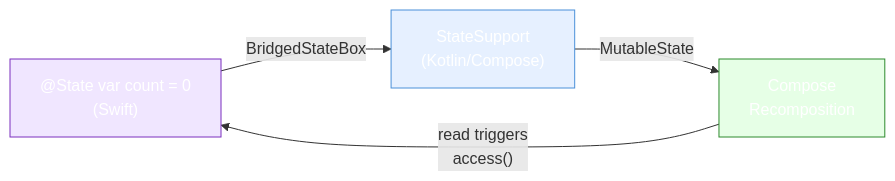
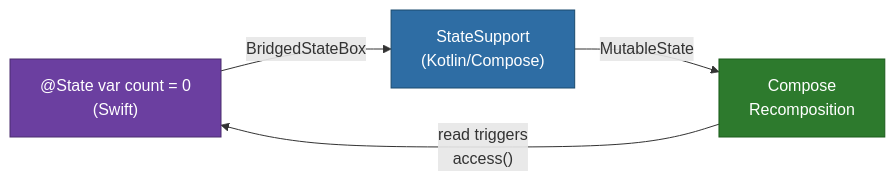
Before and after one commit to skiptools/skip-fuse-ui: the fourth of 4 diagrams in README.md, drawn with Mermaid. The commit also changed other lines of this file, not shown here.

````diff
--- a/README.md
+++ b/README.md
@@ -96,10 +96,10 @@
 ```mermaid
 flowchart LR
     S["@State var count = 0\n(Swift)"] -->|"BridgedStateBox"| K["StateSupport\n(Kotlin/Compose)"]
     K -->|"MutableState"| C["Compose\nRecomposition"]
     C -->|"read triggers\naccess()"| S
 
-    style S fill:#f0e6ff,stroke:#7b2fbe,color:#fff
-    style K fill:#e6f0ff,stroke:#4a90d9,color:#fff
-    style C fill:#e6ffe6,stroke:#2d8a2d,color:#fff
+    style S fill:#6b3fa0,stroke:#4a2d6e,color:#fff
+    style K fill:#2e6da4,stroke:#1a4a6e,color:#fff
+    style C fill:#2d7a2d,stroke:#1a5c1a,color:#fff
 ```
````
